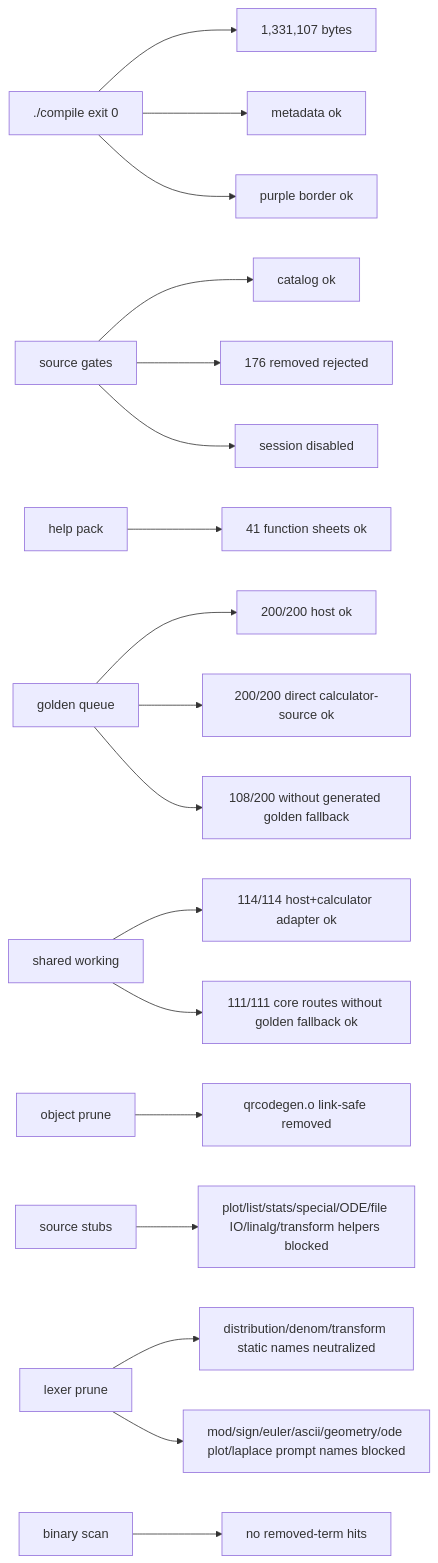
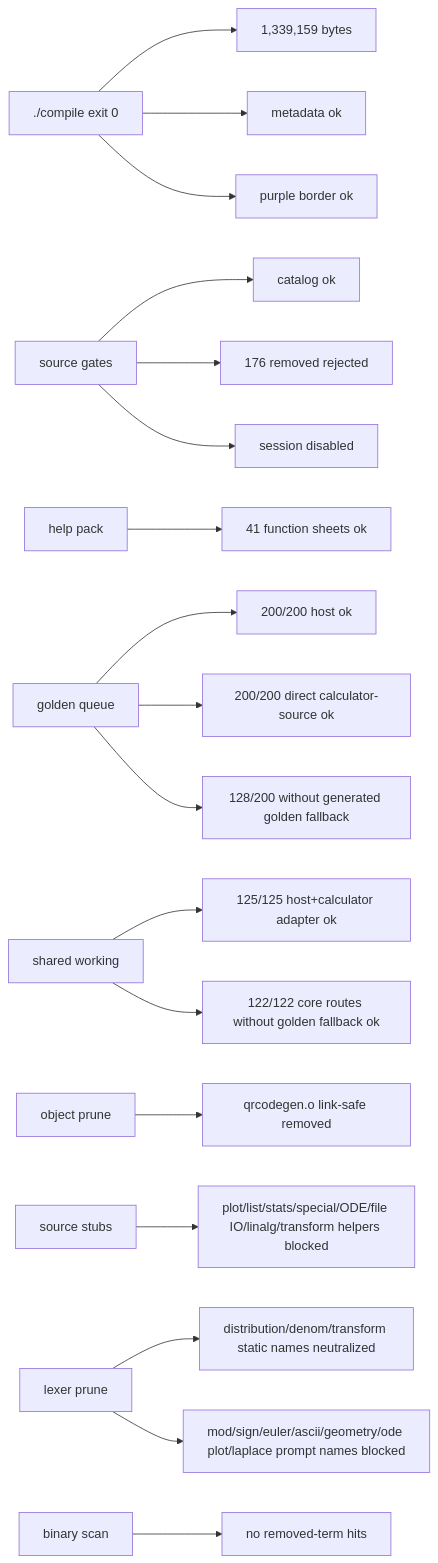
Before and after one commit to james8464/notes-addin-casio-fx-cg50: the seventh of 7 diagrams in docs/GRAPH.md, drawn with Mermaid. The commit also changed other lines of this file and 4 other files, not shown here.

Commit message:
feat: add polynomial working routes

````diff
--- a/docs/GRAPH.md
+++ b/docs/GRAPH.md
@@ -149,20 +150,20 @@
 ```mermaid
 graph LR
-  Build["./compile exit 0"] --> Size["1,331,107 bytes"]
+  Build["./compile exit 0"] --> Size["1,339,159 bytes"]
   Build --> Meta["metadata ok"]
   Build --> Border["purple border ok"]
   Source["source gates"] --> Catalog["catalog ok"]
   Source --> Removed["176 removed rejected"]
   Source --> Session["session disabled"]
   Help["help pack"] --> HelpQ["41 function sheets ok"]
   Queue["golden queue"] --> QueueRun["200/200 host ok"]
   Queue --> GoldenRun["200/200 direct calculator-source ok"]
-  Queue --> NoGolden["108/200 without generated golden fallback"]
-  Shared["shared working"] --> SharedRun["114/114 host+calculator adapter ok"]
-  Shared --> CoreRun["111/111 core routes without golden fallback ok"]
+  Queue --> NoGolden["128/200 without generated golden fallback"]
+  Shared["shared working"] --> SharedRun["125/125 host+calculator adapter ok"]
+  Shared --> CoreRun["122/122 core routes without golden fallback ok"]
   Obj["object prune"] --> QR["qrcodegen.o link-safe removed"]
   Macro["source stubs"] --> Stubbed["plot/list/stats/special/ODE/file IO/linalg/transform helpers blocked"]
   Static["lexer prune"] --> StaticRun["distribution/denom/transform static names neutralized"]
   Static --> PromptRun["mod/sign/euler/ascii/geometry/ode plot/laplace prompt names blocked"]
   Bin["binary scan"] --> NoLeak["no removed-term hits"]
 ```
````
